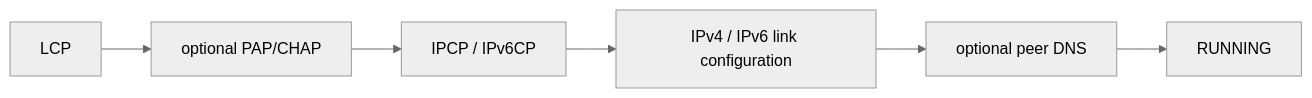
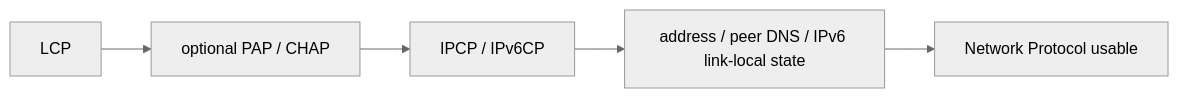
Before and after one commit to wdfk-prog/lwIP-Source-Lab: the fourth of 4 diagrams in docs/31-slip-vs-pppos.md, drawn with Mermaid (neutral theme). The commit also changed other lines of this file and 49 other files, not shown here.

````diff
--- a/docs/31-slip-vs-pppos.md
+++ b/docs/31-slip-vs-pppos.md
@@ -464,8 +108,7 @@
 ```mermaid
 flowchart LR
-    A["LCP"] --> B["optional PAP/CHAP"]
+    A["LCP"] --> B["optional PAP / CHAP"]
     B --> C["IPCP / IPv6CP"]
-    C --> D["IPv4 / IPv6 link configuration"]
-    D --> E["optional peer DNS"]
-    E --> F["RUNNING"]
+    C --> D["address / peer DNS / IPv6 link-local state"]
+    D --> E["Network Protocol usable"]
 ```
````
